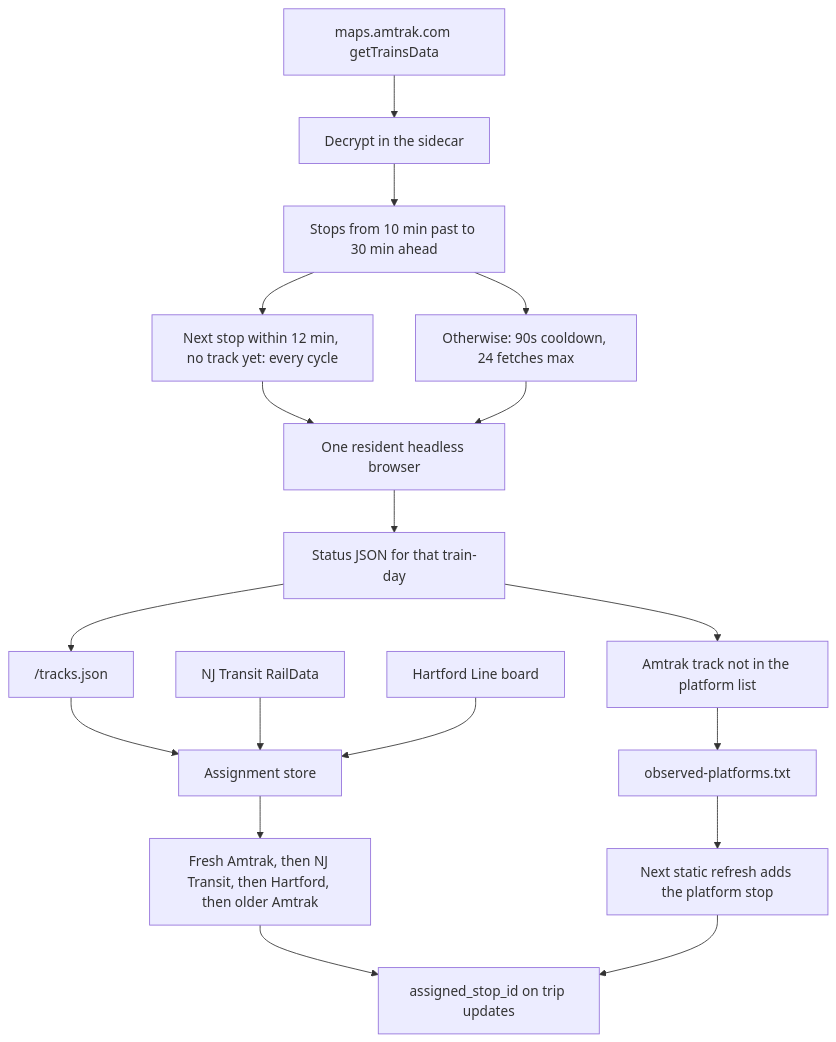
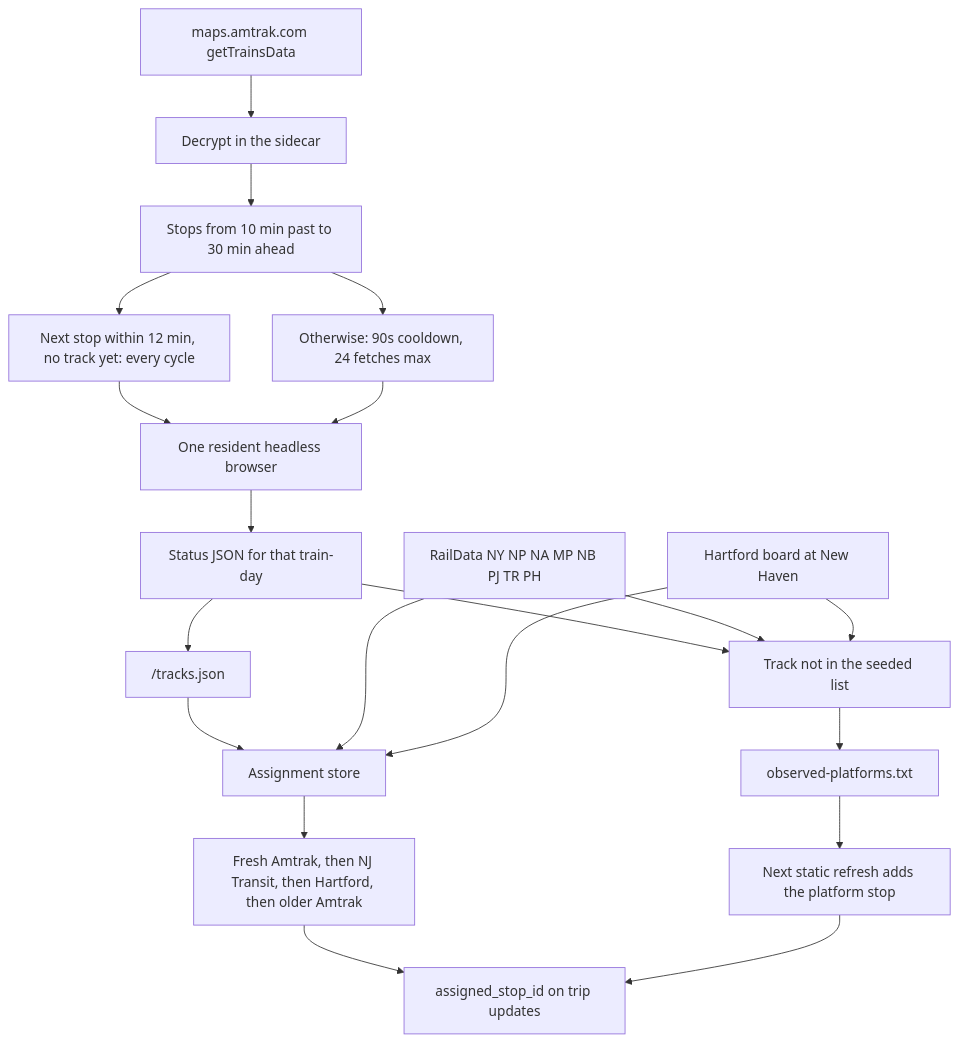
The third of 3 diagrams in README.md (sohampatwardhan/Amtrak-GTFS-RT), drawn with Mermaid before and after one commit. The commit also changed other lines of this file and 5 other files, not shown here.

First line of the commit message:
Publish RailData tracks at every station Amtrak and NJ Transit both serve.

````diff
--- a/README.md
+++ b/README.md
@@ -506,20 +527,22 @@
 ```mermaid
 flowchart TD
   maps["maps.amtrak.com getTrainsData"] --> dec["Decrypt in the sidecar"]
   dec --> win["Stops from 10 min past to 30 min ahead"]
   win --> hot["Next stop within 12 min, no track yet: every cycle"]
   win --> outer["Otherwise: 90s cooldown, 24 fetches max"]
   hot --> browser["One resident headless browser"]
   outer --> browser
   browser --> status["Status JSON for that train-day"]
   status --> snap["/tracks.json"]
   snap --> store["Assignment store"]
-  njt["NJ Transit RailData"] --> store
-  hart["Hartford Line board"] --> store
+  njt["RailData NY NP NA MP NB PJ TR PH"] --> store
+  hart["Hartford board at New Haven"] --> store
   store --> rank["Fresh Amtrak, then NJ Transit, then Hartford, then older Amtrak"]
   rank --> stamp["assigned_stop_id on trip updates"]
-  status --> seen["Amtrak track not in the platform list"]
+  status --> seen["Track not in the seeded list"]
+  njt --> seen
+  hart --> seen
   seen --> file["observed-platforms.txt"]
   file --> static["Next static refresh adds the platform stop"]
   static --> stamp
 ```
````
